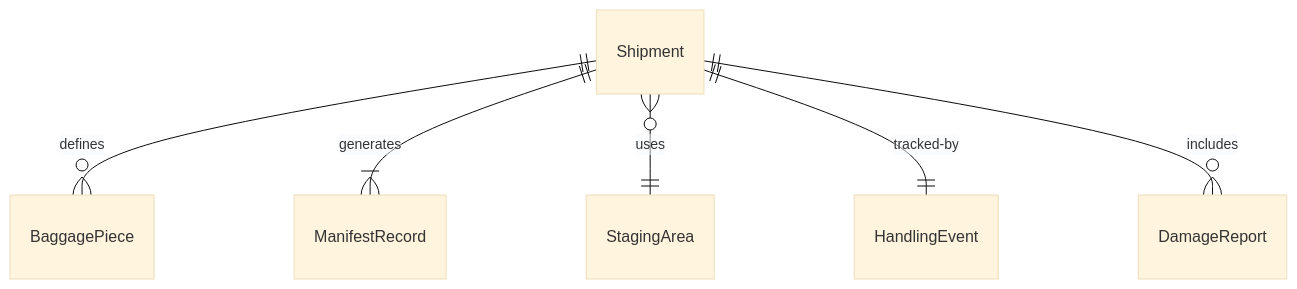
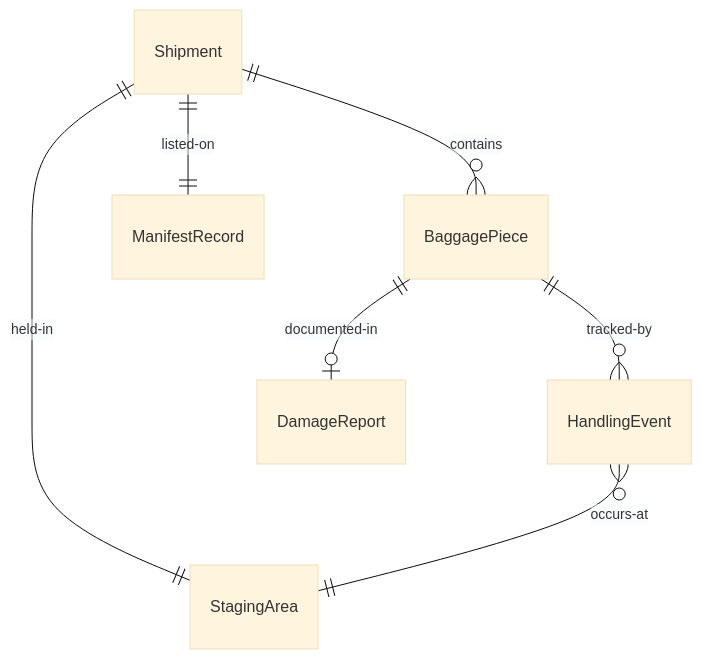
The first of 4 diagrams in HandlingAndMovingObjects/HandleBaggageOrCargo/HandleCargoFreightBaggage.mdx (dot-org-ai/tasks.org.ai), drawn with Mermaid (base theme) before and after one commit. The commit also changed other lines of this file and 515 other files, not shown here.

````diff
--- a/HandlingAndMovingObjects/HandleBaggageOrCargo/HandleCargoFreightBaggage.mdx
+++ b/HandlingAndMovingObjects/HandleBaggageOrCargo/HandleCargoFreightBaggage.mdx
@@ -88,8 +88,9 @@
 ```mermaid
 erDiagram
-    Shipment ||--o{ BaggagePiece : "defines"
-    Shipment ||--|{ ManifestRecord : "generates"
-    Shipment }o--|| StagingArea : "uses"
-    Shipment ||--|| HandlingEvent : "tracked-by"
-    Shipment ||--o{ DamageReport : "includes"
+    Shipment ||--o{ BaggagePiece : "contains"
+    Shipment ||--|| ManifestRecord : "listed-on"
+    Shipment ||--|| StagingArea : "held-in"
+    BaggagePiece ||--o{ HandlingEvent : "tracked-by"
+    BaggagePiece ||--o| DamageReport : "documented-in"
+    HandlingEvent }o--|| StagingArea : "occurs-at"
 ```
````
